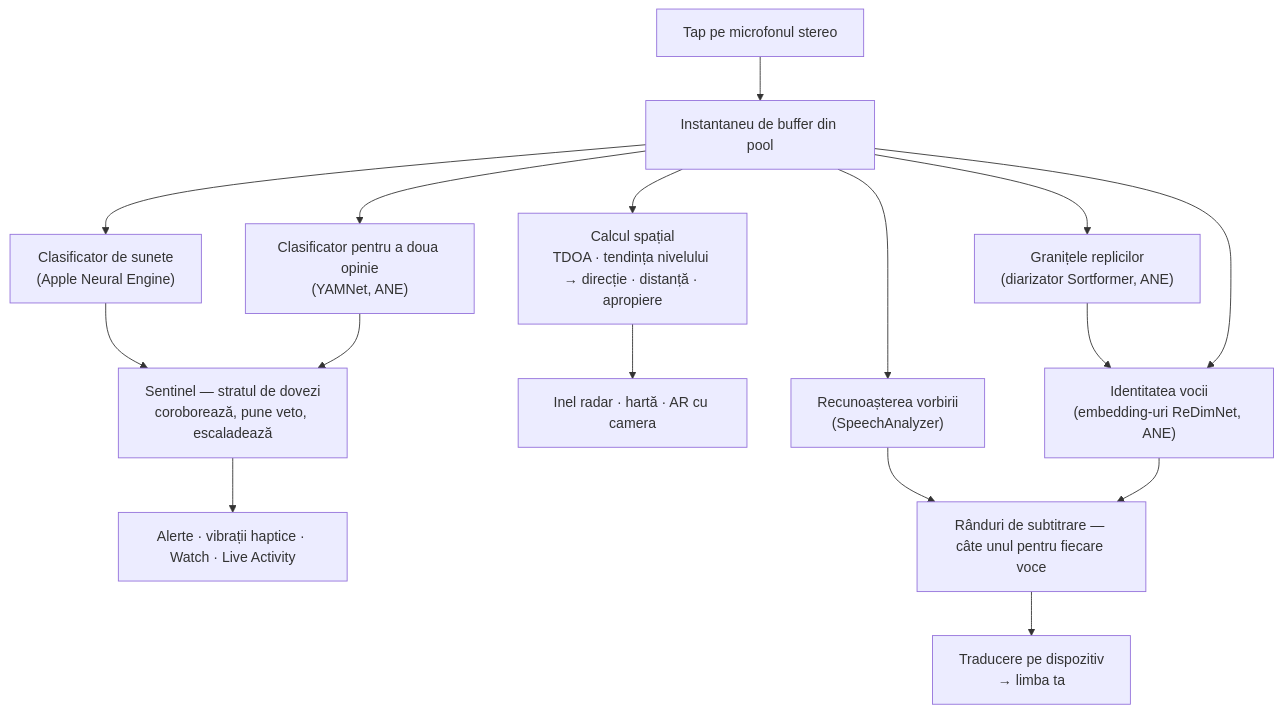
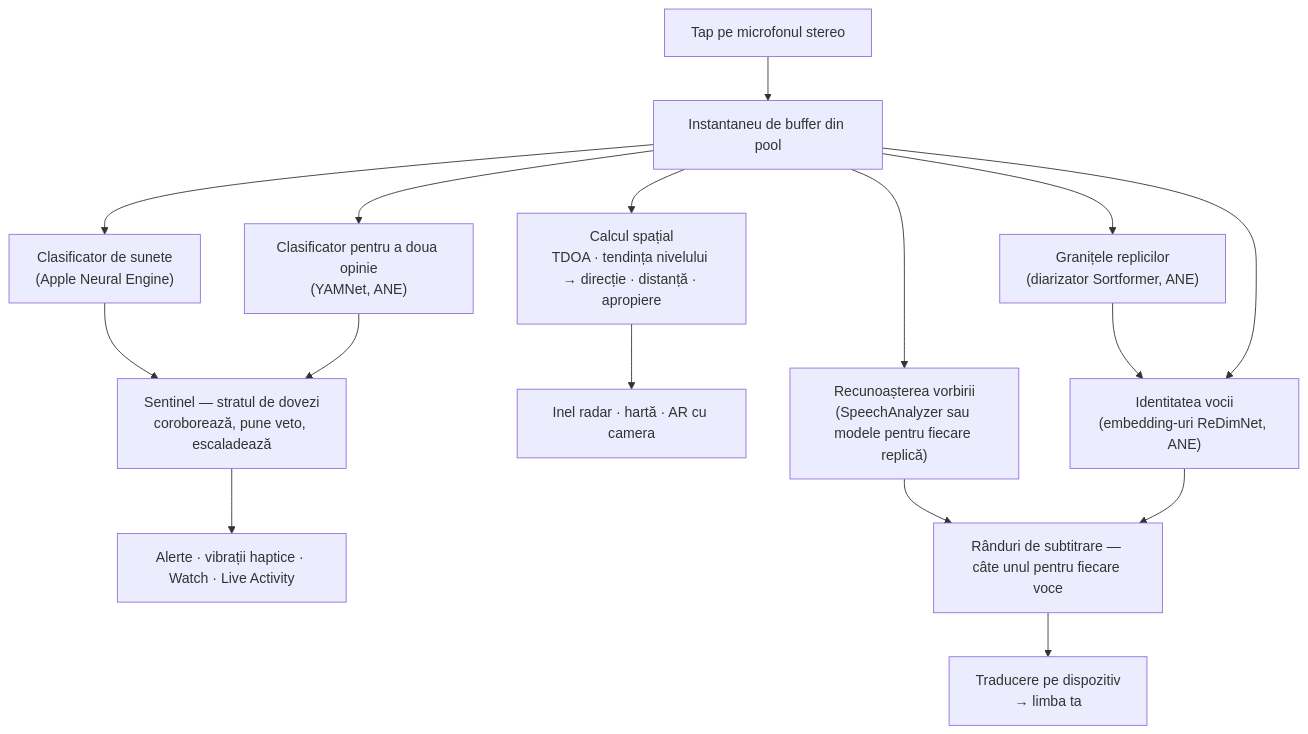
The second of 4 diagrams in README_ro.md (rpalm01-star/VigilantEarLegal), drawn with Mermaid before and after one commit. The commit also changed other lines of this file and 14 other files, not shown here.

````diff
--- a/README_ro.md
+++ b/README_ro.md
@@ -134,18 +145,18 @@
 ```mermaid
 graph TD
     A["Tap pe microfonul stereo"] --> B["Instantaneu de buffer din pool"]
     B --> C["Clasificator de sunete<br/>(Apple Neural Engine)"]
     B --> Y["Clasificator pentru a doua opinie<br/>(YAMNet, ANE)"]
     C --> S["Sentinel — stratul de dovezi<br/>coroborează, pune veto, escaladează"]
     Y --> S
     S --> H["Alerte · vibrații haptice · Watch · Live Activity"]
     B --> D["Calcul spațial<br/>TDOA · tendința nivelului → direcție · distanță · apropiere"]
     D --> R["Inel radar · hartă · AR cu camera"]
-    B --> F["Recunoașterea vorbirii<br/>(SpeechAnalyzer)"]
+    B --> F["Recunoașterea vorbirii<br/>(SpeechAnalyzer sau modele pentru fiecare replică)"]
     B --> N["Granițele replicilor<br/>(diarizator Sortformer, ANE)"]
     N --> E["Identitatea vocii<br/>(embedding-uri ReDimNet, ANE)"]
     B --> E
     F --> G["Rânduri de subtitrare — câte unul pentru fiecare voce"]
     E --> G
     G --> T["Traducere pe dispozitiv<br/>→ limba ta"]
 ```
````
